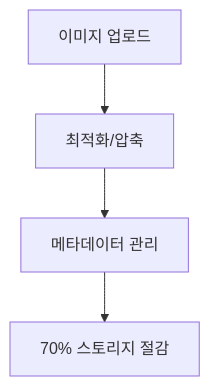
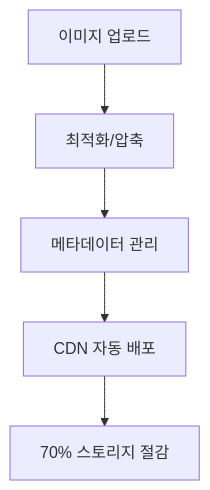
The fourth of 13 diagrams in docs/발표자료/프로젝트발표자료.md (dooseob/LightCare), drawn with Mermaid before and after one commit. The commit also changed other lines of this file and 6 other files, not shown here.

````diff
--- a/docs/발표자료/프로젝트발표자료.md
+++ b/docs/발표자료/프로젝트발표자료.md
@@ -38,6 +38,7 @@
 ```mermaid
 graph TD
     A[이미지 업로드] --> B[최적화/압축]
     B --> C[메타데이터 관리]
-    C --> D[70% 스토리지 절감]
+    C --> D[CDN 자동 배포]
+    D --> E[70% 스토리지 절감]
 ```
````
